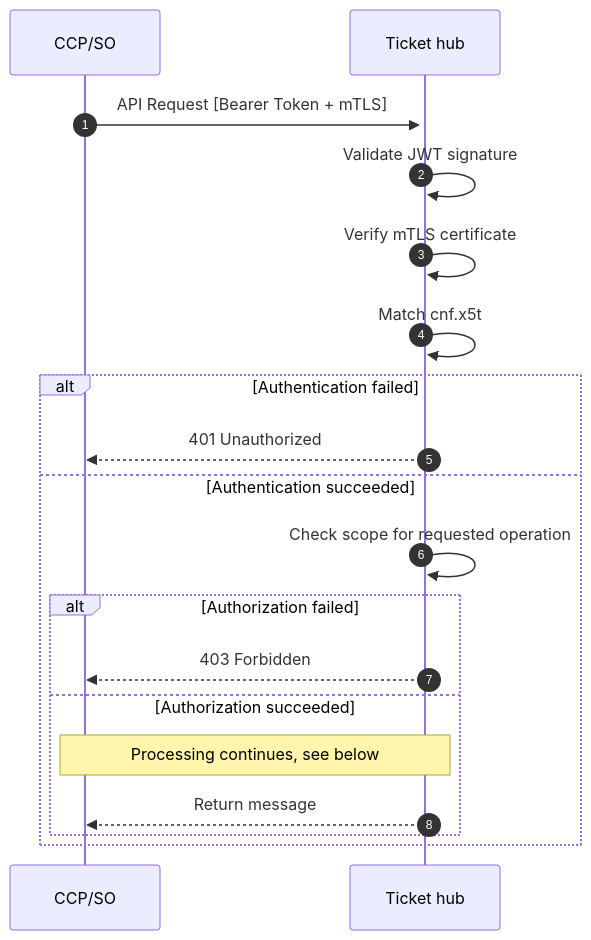
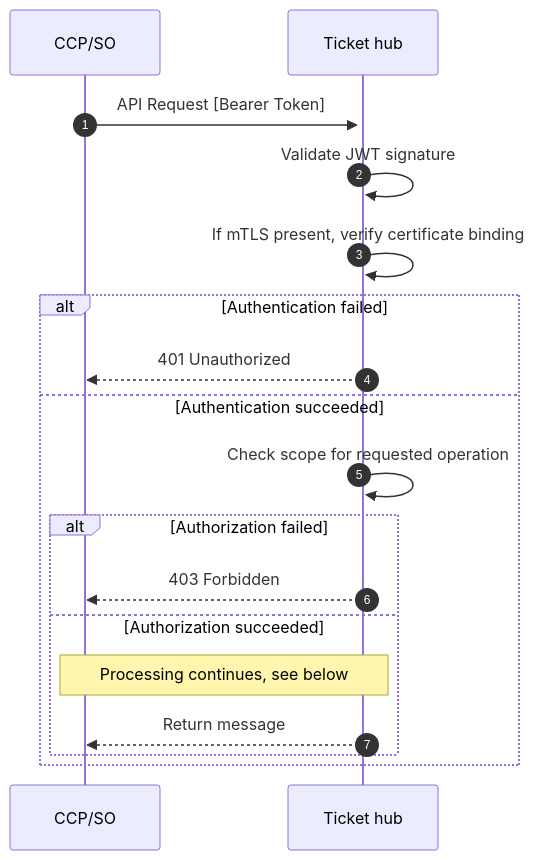
Before and after one commit to HUSST-de/ABT-Ticketspeicher-Schnittstelle: the diagram in technical_details.md, drawn with Mermaid. The commit also changed other lines of this file and 3 other files, not shown here.

````diff
--- a/technical_details.md
+++ b/technical_details.md
@@ -89,26 +89,25 @@
 ```mermaid
 sequenceDiagram
     autonumber
     participant Client as CCP/SO
     participant Tickethub as Ticket hub
 
-    Client->>+Tickethub: API Request [Bearer Token + mTLS]
+    Client->>+Tickethub: API Request [Bearer Token]
 
     Tickethub->>Tickethub: Validate JWT signature
-    Tickethub->>Tickethub: Verify mTLS certificate
-    Tickethub->>Tickethub: Match cnf.x5t#S256 with cert thumbprint
+    Tickethub->>Tickethub: If mTLS present, verify certificate binding
 
     alt Authentication failed
         Tickethub-->>Client: 401 Unauthorized
     else Authentication succeeded
         Tickethub->>Tickethub: Check scope for requested operation
 
         alt Authorization failed
             Tickethub-->>Client: 403 Forbidden
         else Authorization succeeded
             note over Client,Tickethub: Processing continues, see below
             Tickethub-->>Client: Return message
         end
     end
 
 ```
````
